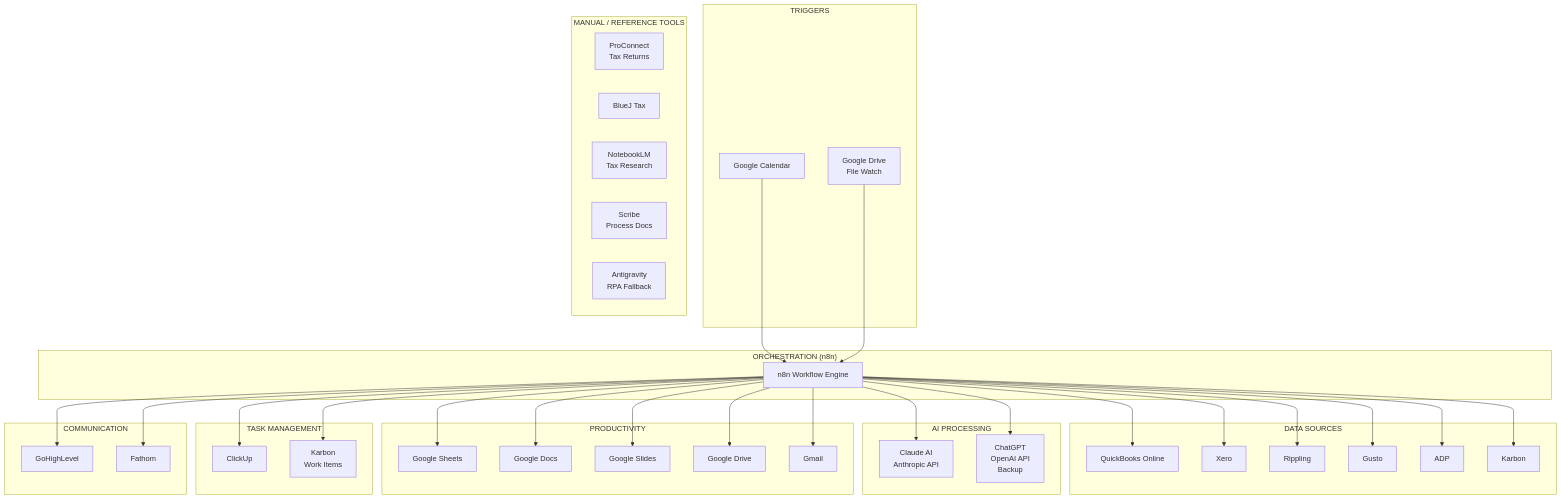
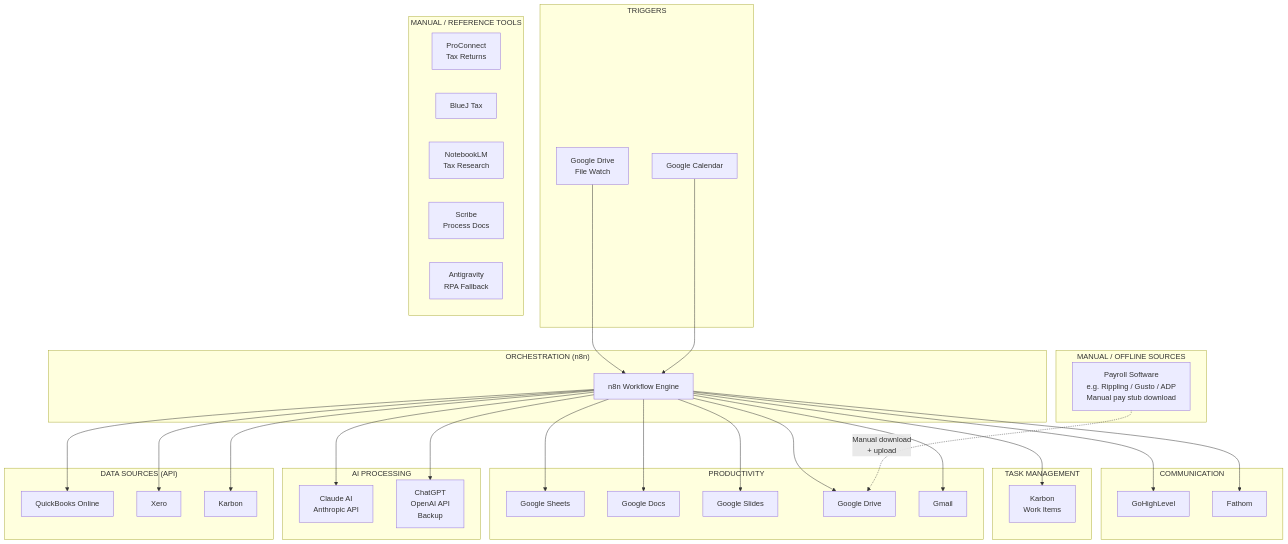
One commit to dkinvestments-art/n8n changed diagram 19 of 20 in docs/quarterly-meeting-automation/05-Comprehensive-Workflow-Documentation.md. Above: the diagram before and after it, drawn with Mermaid. The commit also changed other lines of this file, not shown here.

First line of the commit message:
docs: Apply payroll-manual and Karbon task changes to workflow doc

````diff
--- a/docs/quarterly-meeting-automation/05-Comprehensive-Workflow-Documentation.md
+++ b/docs/quarterly-meeting-automation/05-Comprehensive-Workflow-Documentation.md
@@ -1017,76 +1003,74 @@
 ```mermaid
 flowchart TD
     subgraph ORCHESTRATION["ORCHESTRATION (n8n)"]
         N8N[n8n Workflow Engine]
     end
 
     subgraph TRIGGERS["TRIGGERS"]
         GCAL[Google Calendar]
         GDRIVE_T[Google Drive<br/>File Watch]
     end
 
-    subgraph DATA_SOURCES["DATA SOURCES"]
+    subgraph DATA_SOURCES["DATA SOURCES (API)"]
         QBO[QuickBooks Online]
         XERO[Xero]
-        RIPPLING[Rippling]
-        GUSTO[Gusto]
-        ADP_S[ADP]
         KARBON_S[Karbon]
+    end
+
+    subgraph OFFLINE["MANUAL / OFFLINE SOURCES"]
+        PAYROLL_SW[Payroll Software<br/>e.g. Rippling / Gusto / ADP<br/>Manual pay stub download]
     end
 
     subgraph AI["AI PROCESSING"]
         CLAUDE_S[Claude AI<br/>Anthropic API]
         CHATGPT[ChatGPT<br/>OpenAI API<br/>Backup]
     end
 
     subgraph PRODUCTIVITY["PRODUCTIVITY"]
         GSHEETS[Google Sheets]
         GDOCS[Google Docs]
         GSLIDES[Google Slides]
         GDRIVE[Google Drive]
         GMAIL[Gmail]
     end
 
     subgraph TASK_MGMT["TASK MANAGEMENT"]
-        CLICKUP_S[ClickUp]
         KARBON_T[Karbon<br/>Work Items]
     end
 
     subgraph COMMUNICATION["COMMUNICATION"]
         GHL[GoHighLevel]
         FATHOM_S[Fathom]
     end
 
     subgraph MANUAL_TOOLS["MANUAL / REFERENCE TOOLS"]
         PROCONNECT[ProConnect<br/>Tax Returns]
         BLUEJ[BlueJ Tax]
         NOTEBOOK[NotebookLM<br/>Tax Research]
         SCRIBE_S[Scribe<br/>Process Docs]
         ANTIGRAVITY_S[Antigravity<br/>RPA Fallback]
     end
 
     GCAL --> N8N
     GDRIVE_T --> N8N
 
     N8N --> QBO
     N8N --> XERO
-    N8N --> RIPPLING
-    N8N --> GUSTO
-    N8N --> ADP_S
     N8N --> KARBON_S
+
+    PAYROLL_SW -.->|Manual download<br/>+ upload| GDRIVE
 
     N8N --> CLAUDE_S
     N8N --> CHATGPT
 
     N8N --> GSHEETS
     N8N --> GDOCS
     N8N --> GSLIDES
     N8N --> GDRIVE
     N8N --> GMAIL
 
-    N8N --> CLICKUP_S
     N8N --> KARBON_T
 
     N8N --> GHL
     N8N --> FATHOM_S
 ```
````
